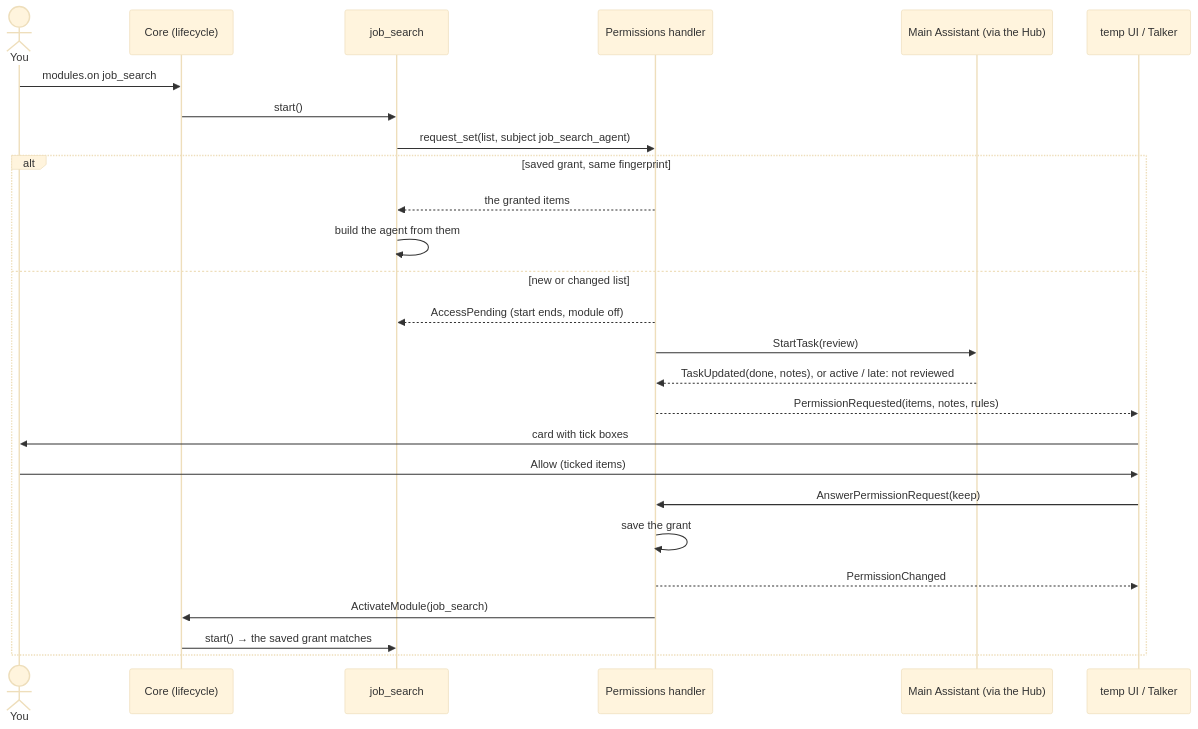
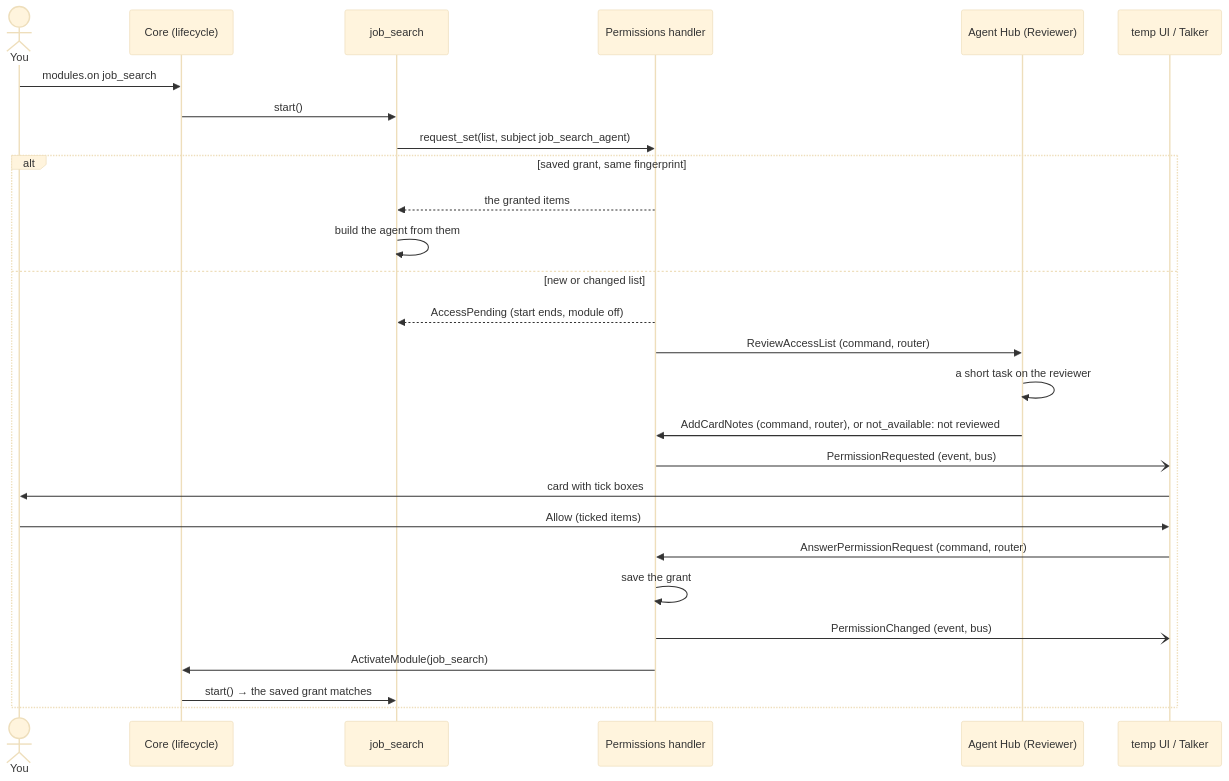
The first of 4 diagrams in docs/architecture/permissions.md (sharramon/AI_Assistant), drawn with Mermaid (base theme) before and after one commit. The commit also changed other lines of this file and 8 other files, not shown here.

Commit message:
A config folder outside the repo is protected like config/: protected_paths takes the config folder, the card's rule names it, AUTO_ACCESS says so; tests; docs

````diff
--- a/docs/architecture/permissions.md
+++ b/docs/architecture/permissions.md
@@ -73,28 +93,29 @@
 ```mermaid
 sequenceDiagram
     actor You
     participant C as Core (lifecycle)
     participant M as job_search
     participant P as Permissions handler
-    participant R as Main Assistant (via the Hub)
+    participant R as Agent Hub (Reviewer)
     participant U as temp UI / Talker
     You->>C: modules.on job_search
     C->>M: start()
     M->>P: request_set(list, subject job_search_agent)
     alt saved grant, same fingerprint
         P-->>M: the granted items
         M->>M: build the agent from them
     else new or changed list
         P-->>M: AccessPending (start ends, module off)
-        P->>R: StartTask(review)
-        R-->>P: TaskUpdated(done, notes), or active / late: not reviewed
-        P-->>U: PermissionRequested(items, notes, rules)
+        P->>R: ReviewAccessList (command, router)
+        R->>R: a short task on the reviewer
+        R->>P: AddCardNotes (command, router), or not_available: not reviewed
+        P-)U: PermissionRequested (event, bus)
         U->>You: card with tick boxes
         You->>U: Allow (ticked items)
-        U->>P: AnswerPermissionRequest(keep)
+        U->>P: AnswerPermissionRequest (command, router)
         P->>P: save the grant
-        P-->>U: PermissionChanged
+        P-)U: PermissionChanged (event, bus)
         P->>C: ActivateModule(job_search)
         C->>M: start() → the saved grant matches
     end
 ```
````
